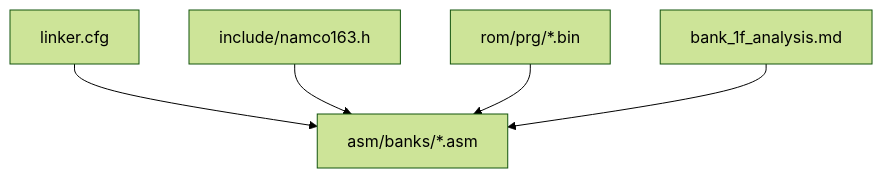
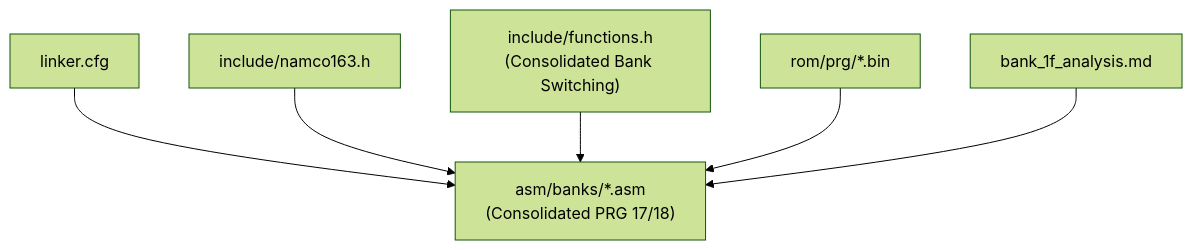
The third of 3 diagrams in .qoder/repowiki/en/content/Assembly Architecture/Bank Organization and Memory Layout.md (rabbyzero/sango2dasm), drawn with Mermaid (forest theme) before and after one commit. The commit also changed other lines of this file and 21 other files, not shown here.

````diff
--- a/.qoder/repowiki/en/content/Assembly Architecture/Bank Organization and Memory Layout.md
+++ b/.qoder/repowiki/en/content/Assembly Architecture/Bank Organization and Memory Layout.md
@@ -318,12 +385,14 @@
 ```mermaid
 graph TB
 LCFG["linker.cfg"]
 N163["include/namco163.h"]
-STUBS["asm/banks/*.asm"]
+FUNCS["include/functions.h<br/>(Consolidated Bank Switching)"]
+STUBS["asm/banks/*.asm<br/>(Consolidated PRG 17/18)"]
 ROM["rom/prg/*.bin"]
 BOOT["bank_1f_analysis.md"]
 LCFG --> STUBS
 N163 --> STUBS
+FUNCS --> STUBS
 ROM --> STUBS
 BOOT --> STUBS
 ```
````
